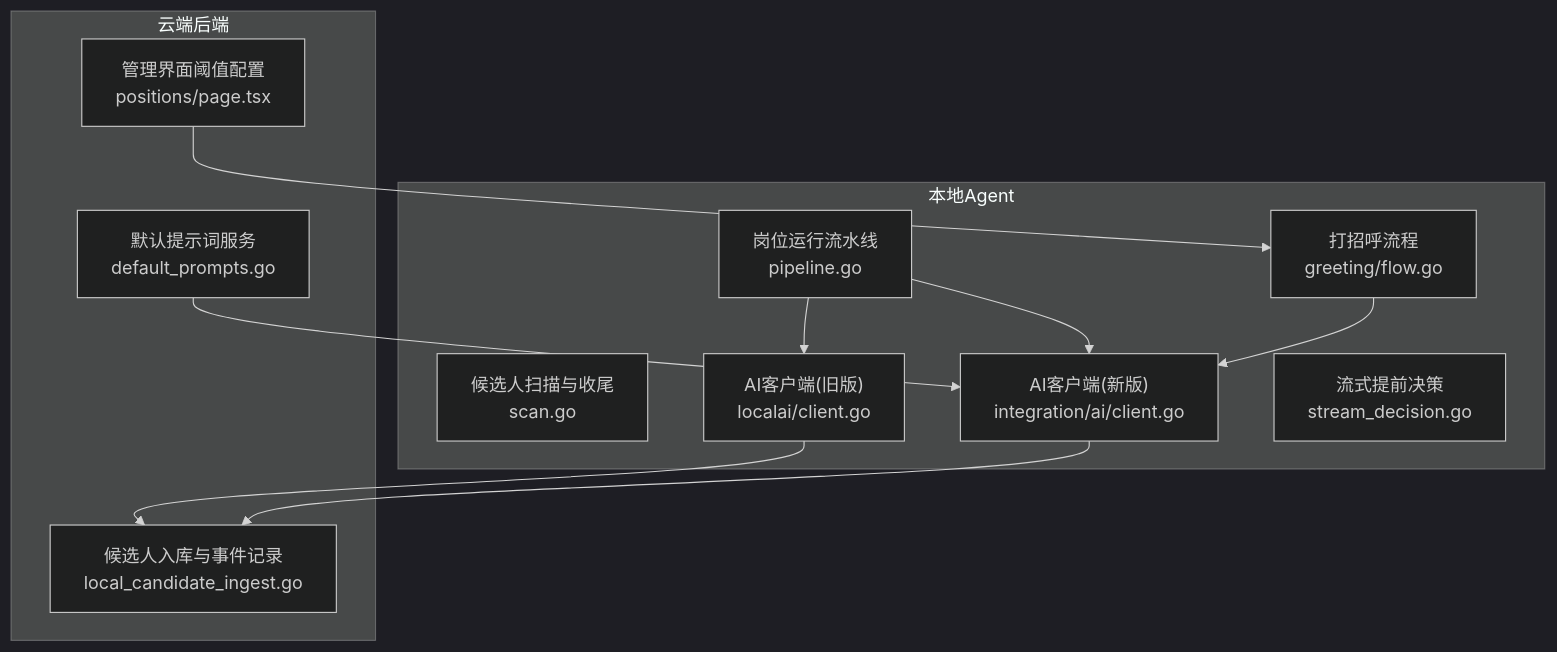
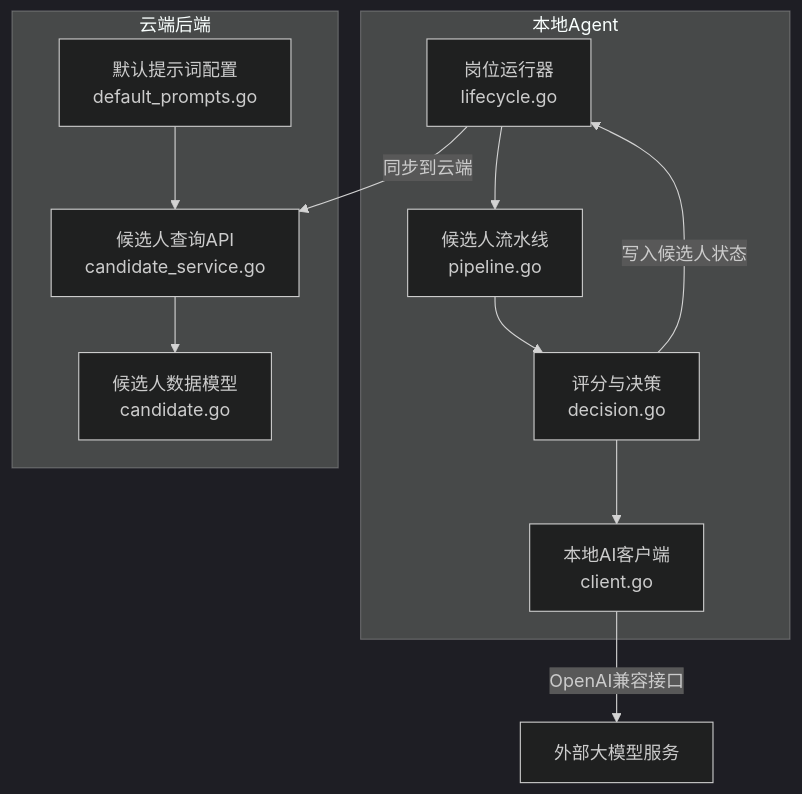
One commit to alvinwangzi/goodhr changed the first of 9 diagrams in .qoder/repowiki/zh/content/云端后端服务/候选人处理系统/AI匹配评分/AI评分算法.md. Above: the diagram before and after it, drawn with Mermaid (dark theme). The commit also changed other lines of this file and 149 other files, not shown here.

````diff
--- a/.qoder/repowiki/zh/content/云端后端服务/候选人处理系统/AI匹配评分/AI评分算法.md
+++ b/.qoder/repowiki/zh/content/云端后端服务/候选人处理系统/AI匹配评分/AI评分算法.md
@@ -36,23 +42,22 @@
 ```mermaid
 graph TB
 subgraph "本地Agent"
-A["岗位运行流水线<br/>pipeline.go"]
-B["候选人扫描与收尾<br/>scan.go"]
-C["打招呼流程<br/>greeting/flow.go"]
-D["AI客户端(旧版)<br/>localai/client.go"]
-E["AI客户端(新版)<br/>integration/ai/client.go"]
-F["流式提前决策<br/>stream_decision.go"]
+Runner["岗位运行器<br/>lifecycle.go"]
+Pipeline["候选人流水线<br/>pipeline.go"]
+Decision["评分与决策<br/>decision.go"]
+LocalAI["本地AI客户端<br/>client.go"]
 end
 subgraph "云端后端"
-G["默认提示词服务<br/>default_prompts.go"]
-H["候选人入库与事件记录<br/>local_candidate_ingest.go"]
-I["管理界面阈值配置<br/>positions/page.tsx"]
+CandidateModel["候选人数据模型<br/>candidate.go"]
+Prompts["默认提示词配置<br/>default_prompts.go"]
+CandidateAPI["候选人查询API<br/>candidate_service.go"]
 end
-A --> D
-A --> E
-C --> E
-D --> H
-E --> H
-G --> E
-I --> C
+Runner --> Pipeline
+Pipeline --> Decision
+Decision --> LocalAI
+LocalAI --> |"OpenAI兼容接口"| CloudLLM["外部大模型服务"]
+Decision --> |"写入候选人状态"| Runner
+Runner --> |"同步到云端"| CandidateAPI
+CandidateAPI --> CandidateModel
+Prompts --> CandidateAPI
 ```
````
